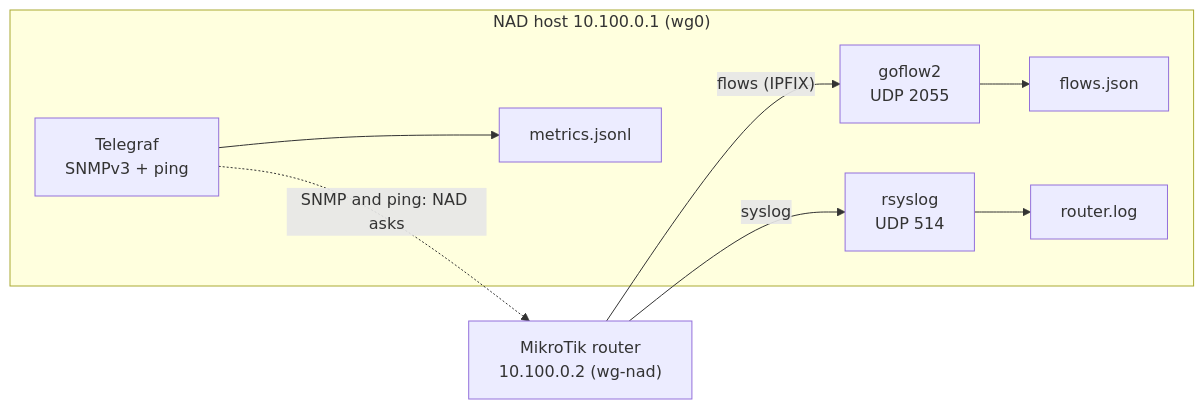
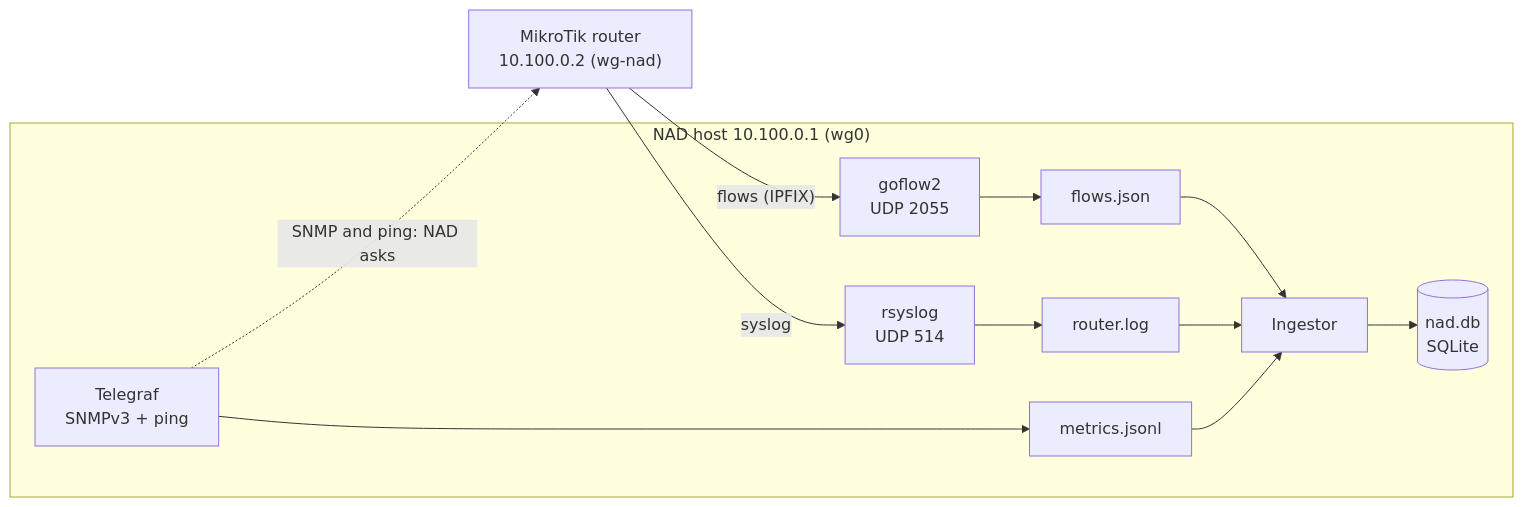
Before and after one commit to RStephanH/NAD: the first of 2 diagrams in docs/guides/01-telemetry-and-ingestion.md, drawn with Mermaid. The commit also changed other lines of this file and 1 other file, not shown here.

First line of the commit message:
docs(guides): add rotation, SQLite storage and file inventory

````diff
--- a/docs/guides/01-telemetry-and-ingestion.md
+++ b/docs/guides/01-telemetry-and-ingestion.md
@@ -42,12 +45,16 @@
 ```mermaid
 flowchart LR
   R["MikroTik router<br/>10.100.0.2 (wg-nad)"]
   subgraph H["NAD host 10.100.0.1 (wg0)"]
     G["goflow2<br/>UDP 2055"] --> F["flows.json"]
     S["rsyslog<br/>UDP 514"] --> L["router.log"]
     T["Telegraf<br/>SNMPv3 + ping"] --> M["metrics.jsonl"]
+    F --> I["Ingestor"]
+    L --> I
+    M --> I
+    I --> D[("nad.db<br/>SQLite")]
   end
   R -- "flows (IPFIX)" --> G
   R -- "syslog" --> S
   T -. "SNMP and ping: NAD asks" .-> R
 ```
````
